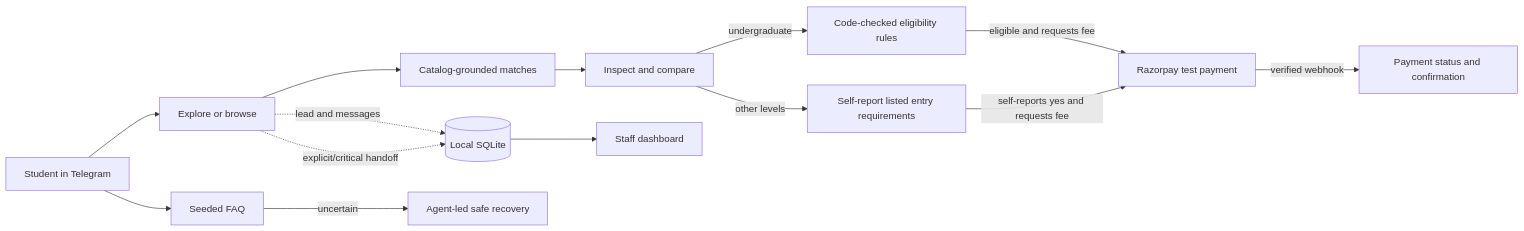
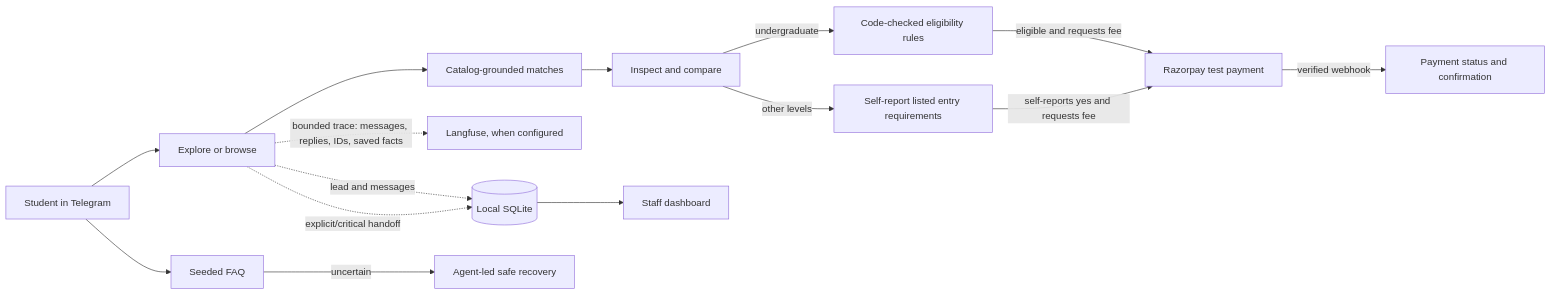
The first of 2 diagrams in README.md (Shan091/admitflow), drawn with Mermaid before and after one commit. The commit also changed other lines of this file and 16 other files, not shown here.

````diff
--- a/README.md
+++ b/README.md
@@ -39,16 +42,17 @@
 ```mermaid
 flowchart LR
     S[Student in Telegram] --> D[Explore or browse]
     D --> R[Catalog-grounded matches]
     R --> I[Inspect and compare]
     I -->|undergraduate| E[Code-checked eligibility rules]
     I -->|other levels| E2[Self-report listed entry requirements]
     E -->|eligible and requests fee| P[Razorpay test payment]
     E2 -->|self-reports yes and requests fee| P
     P -->|verified webhook| C[Payment status and confirmation]
     S --> F[Seeded FAQ]
     F -->|uncertain| A[Agent-led safe recovery]
+    D -. bounded trace: messages, replies, IDs, saved facts .-> LF[Langfuse, when configured]
     D -. lead and messages .-> DB[(Local SQLite)]
     D -. explicit/critical handoff .-> DB
     DB --> W[Staff dashboard]
 ```
````
